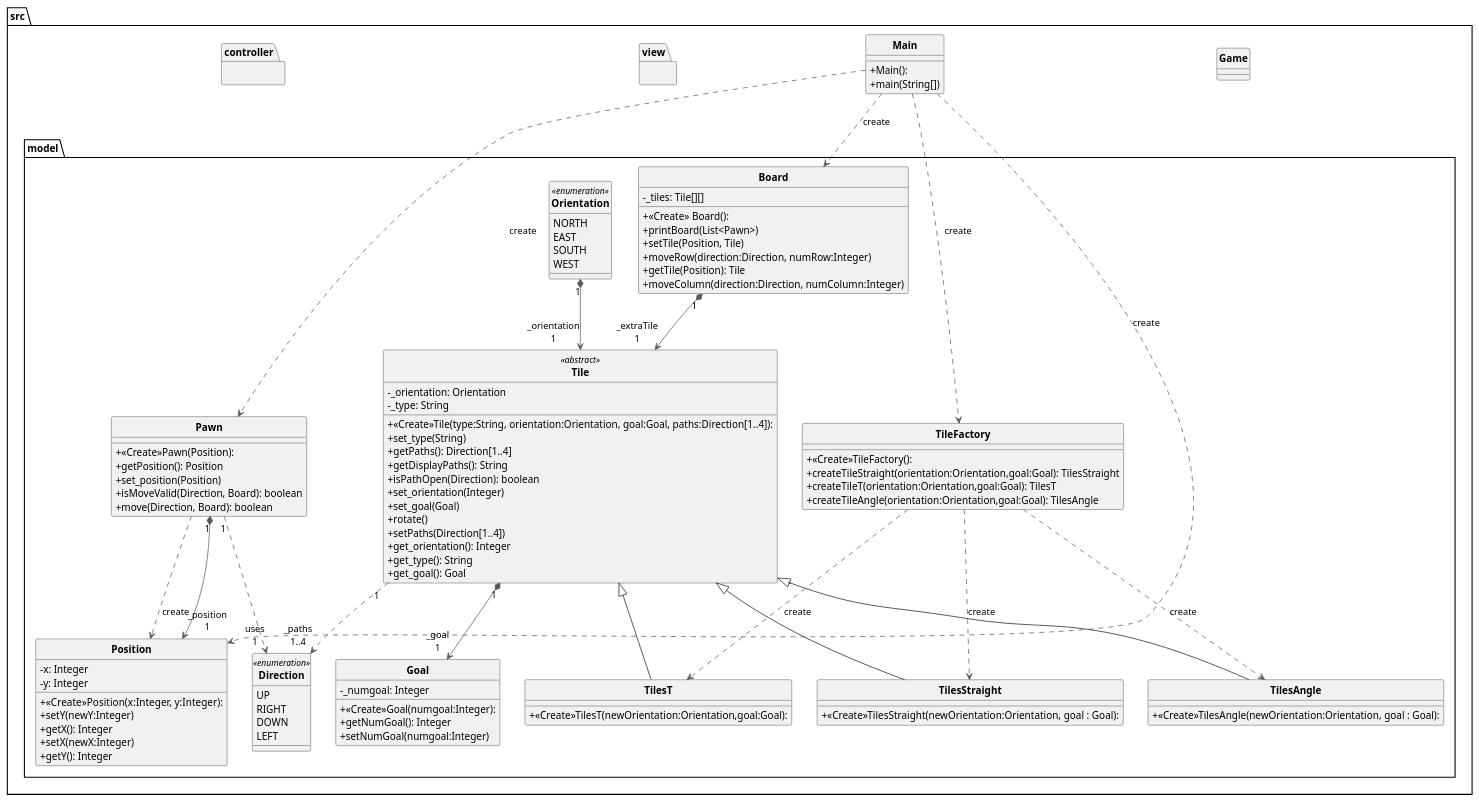
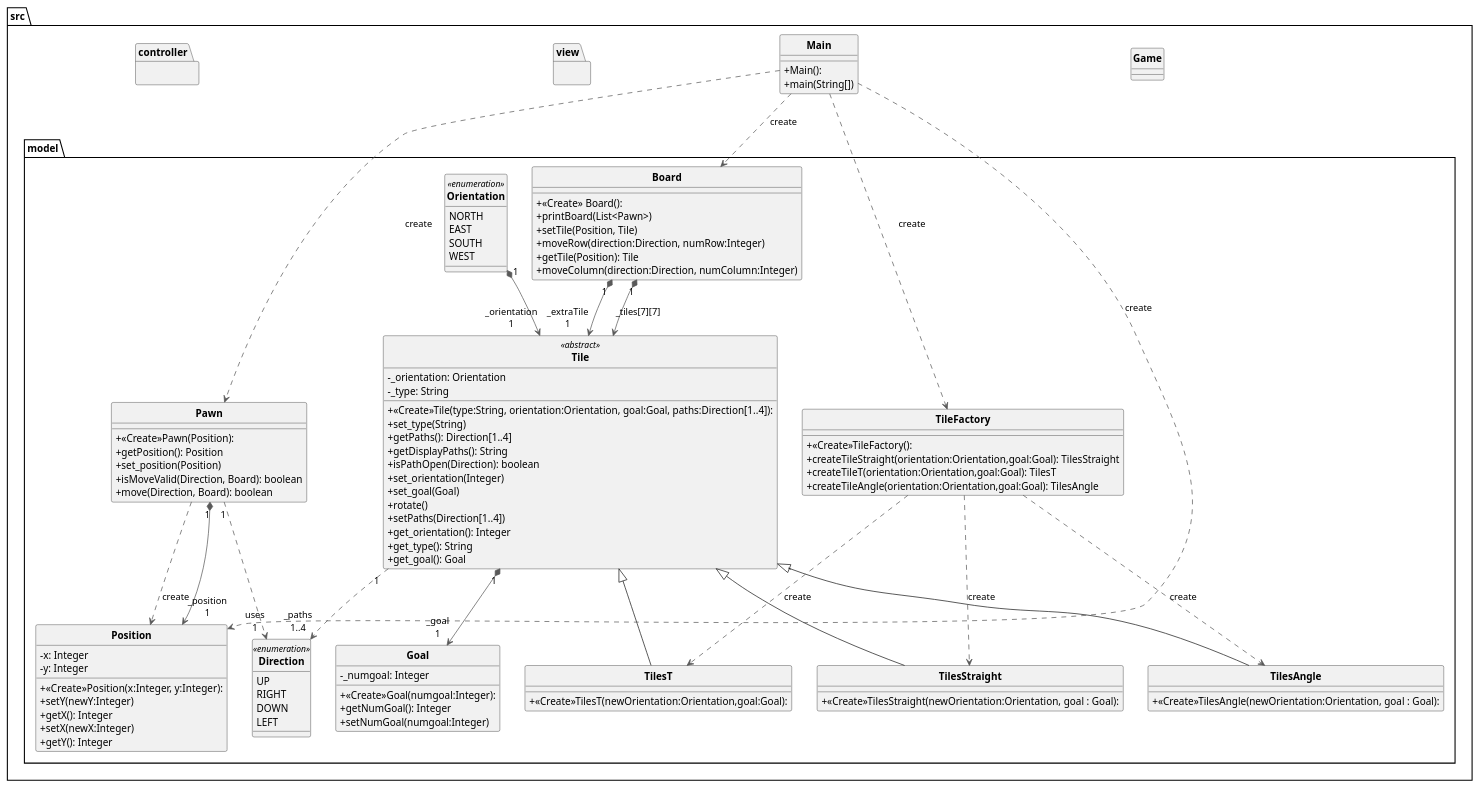
The diagram in uml1_testV2.plantuml (DLR-coding/Labyrinthe-Java), drawn with PlantUML before and after one commit. The commit also changed 1 other file, not shown here.

```diff
--- a/uml1_testV2.plantuml
+++ b/uml1_testV2.plantuml
@@ -1,122 +1,122 @@
 @startuml
 
 'https://plantuml.com/class-diagram
 skinparam classAttributeIconSize 0
 skinparam classFontStyle Bold
 skinparam style strictuml
 
 package src {
     class Game {
 
     }
     class Main {
        + Main():
        + main(String[])
     }
     package model {
         class Board {
                   + <<Create>> Board():
-                  - _tiles: Tile[][]
                   + printBoard(List<Pawn>)
                   + setTile(Position, Tile)
                   + moveRow(direction:Direction, numRow:Integer)
                   + getTile(Position): Tile
                   + moveColumn(direction:Direction, numColumn:Integer)
                 }
                 enum Direction << enumeration >> {
                   UP
                   RIGHT
                   DOWN
                   LEFT
                 }
 
                 enum Orientation << enumeration >> {
                   NORTH
                   EAST
                   SOUTH
                   WEST
                 }
                 class Goal {
                   + <<Create>>Goal(numgoal:Integer):
                   - _numgoal: Integer
                   + getNumGoal(): Integer
                   + setNumGoal(numgoal:Integer)
                 }
 
                 class Pawn {
                   + <<Create>>Pawn(Position):
                   + getPosition(): Position
                   + set_position(Position)
                   + isMoveValid(Direction, Board): boolean
                   + move(Direction, Board): boolean
                 }
                 class Position {
                   + <<Create>>Position(x:Integer, y:Integer):
                   - x: Integer
                   - y: Integer
                   + setY(newY:Integer)
                   + getX(): Integer
                   + setX(newX:Integer)
                   + getY(): Integer
                 }
                 class TileFactory {
                   + <<Create>>TileFactory():
                   + createTileStraight(orientation:Orientation,goal:Goal): TilesStraight
                   + createTileT(orientation:Orientation,goal:Goal): TilesT
                   + createTileAngle(orientation:Orientation,goal:Goal): TilesAngle
                 }
                 class Tile <<abstract>> {
                   + <<Create>>Tile(type:String, orientation:Orientation, goal:Goal, paths:Direction[1..4]):
                   -_orientation: Orientation
                   -_type: String
                   + set_type(String)
                   + getPaths(): Direction[1..4]
                   + getDisplayPaths(): String
                   + isPathOpen(Direction): boolean
                   + set_orientation(Integer)
                   + set_goal(Goal)
                   + rotate()
                   + setPaths(Direction[1..4])
                   + get_orientation(): Integer
                   + get_type(): String
                   + get_goal(): Goal
                 }
                 class TilesAngle extends Tile {
                   + <<Create>>TilesAngle(newOrientation:Orientation, goal : Goal):
                 }
                 class TilesStraight extends Tile{
                   + <<Create>>TilesStraight(newOrientation:Orientation, goal : Goal):
                 }
                 class TilesT extends Tile{
                   + <<Create>>TilesT(newOrientation:Orientation,goal:Goal):
                 }
     }
 
     package view {
 
     }
 
     package controller {
 
     }
 
 
 
 }
 
 
 Board          "1" *-[#595959,plain]-> "_extraTile\n1" Tile          
+Board          "1" *-[#595959,plain]-> "_tiles[7][7]\n" Tile
 Main            -[#595959,dashed]->  Board          : "«create»"
 Main            -[#595959,dashed]->  Pawn           : "«create»"
 Main            -[#595959,dashed]->  Position       : "«create»"
 Main            -[#595959,dashed]->  TileFactory    : "«create»"
 Pawn            -[#595959,dashed]->  Position       : "«create»"
 Pawn           "1" *-[#595959,plain]-> "_position\n1" Position       
 TileFactory     -[#595959,dashed]->  TilesAngle    : "«create»"
 TileFactory     -[#595959,dashed]->  TilesStraight : "«create»"
 TileFactory     -[#595959,dashed]->  TilesT        : "«create»"
 Tile          "1" *-[#595959,plain]-> "_goal\n1" Goal
 Orientation    "1" *-[#595959,plain]-> "_orientation\n1" Tile
 Pawn    "1" -[#595959,dashed]-> "uses\n1" Direction
 Tile    "1" -[#595959,dashed]-> "_paths\n1..4" Direction
 @enduml
```
